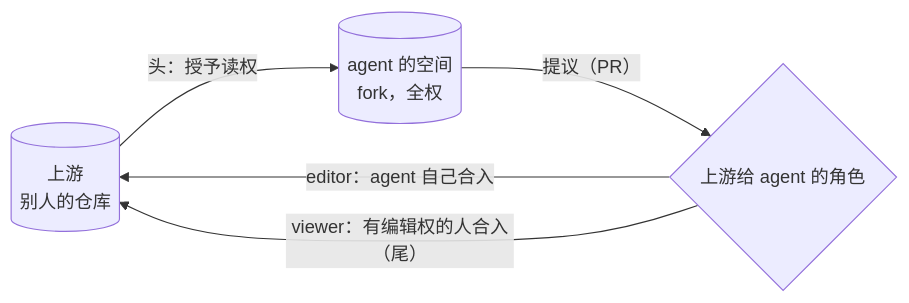
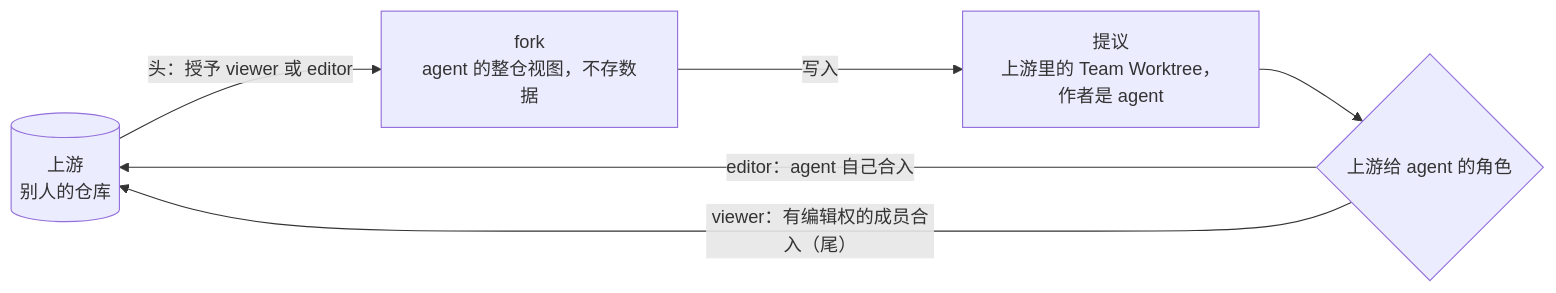
One commit to dream-num/univer-workspace changed the second of 2 diagrams in docs/design/agent-mode/README.zh-CN.md. Above: the diagram before and after it, drawn with Mermaid. The commit also changed other lines of this file and 1 other file, not shown here.

First line of the commit message:
docs(agent-mode): keep only spec-consistent background in the README

````diff
--- a/docs/design/agent-mode/README.zh-CN.md
+++ b/docs/design/agent-mode/README.zh-CN.md
@@ -207,7 +209,8 @@
 ```mermaid
 flowchart LR
-    Up[("上游<br/>别人的仓库")] -- "头：授予读权" --> Mine[("agent 的空间<br/>fork，全权")]
-    Mine -- "提议（PR）" --> Gate{"上游给 agent 的角色"}
+    Up[("上游<br/>别人的仓库")] -- "头：授予 viewer 或 editor" --> Fork["fork<br/>agent 的整仓视图，不存数据"]
+    Fork -- "写入" --> W["提议<br/>上游里的 Team Worktree，作者是 agent"]
+    W --> Gate{"上游给 agent 的角色"}
     Gate -- "editor：agent 自己合入" --> Up
-    Gate -- "viewer：有编辑权的人合入（尾）" --> Up
+    Gate -- "viewer：有编辑权的成员合入（尾）" --> Up
 ```
````
